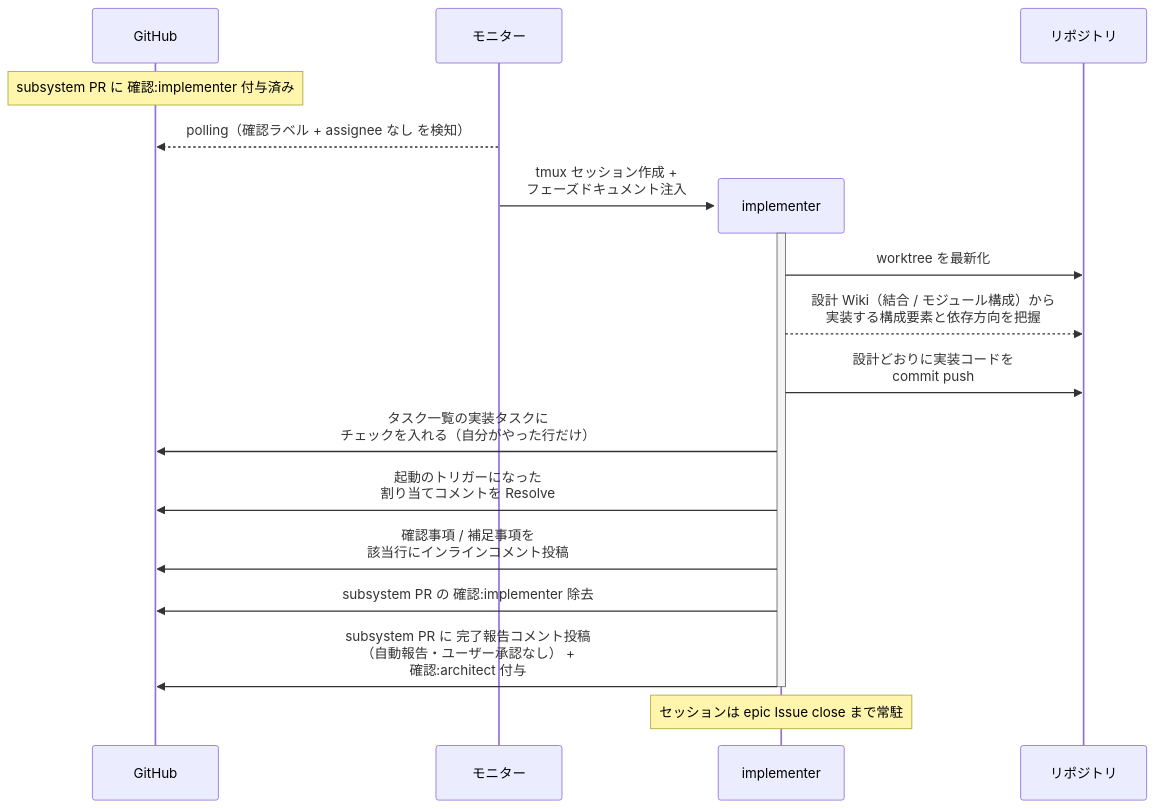
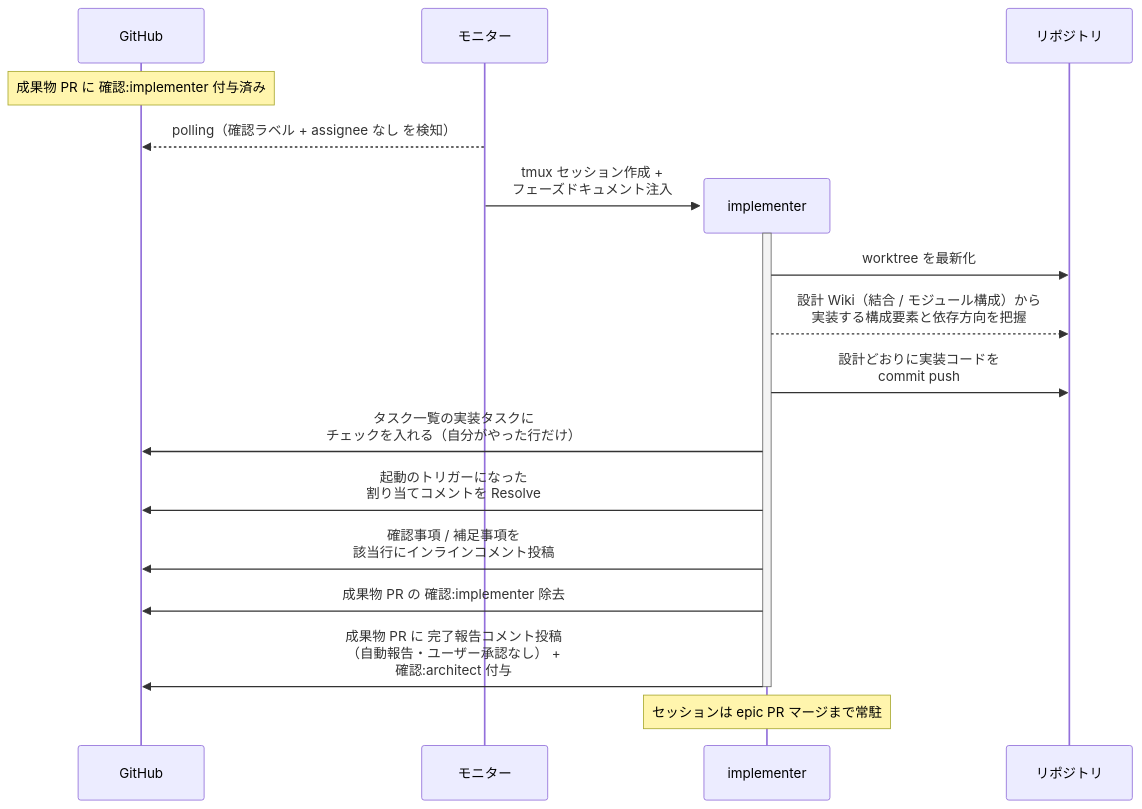
Before and after one commit to shuhei1101/ai-monitor: the first of 3 diagrams in docs/wiki/設計図/シナリオ/単一ユースケース/実装.md, drawn with Mermaid. The commit also changed other lines of this file and 256 other files, not shown here.

````diff
--- a/docs/wiki/設計図/シナリオ/単一ユースケース/実装.md
+++ b/docs/wiki/設計図/シナリオ/単一ユースケース/実装.md
@@ -25,22 +25,22 @@
 ```mermaid
 sequenceDiagram
   participant GH as GitHub
   participant ORC as モニター
 
-  Note over GH: subsystem PR に 確認:implementer 付与済み
+  Note over GH: 成果物 PR に 確認:implementer 付与済み
   ORC-->>GH: polling（確認ラベル + assignee なし を検知）
   create participant MON as implementer
   ORC->>MON: tmux セッション作成 +<br>フェーズドキュメント注入
   participant REPO as リポジトリ
   activate MON
   MON->>REPO: worktree を最新化
   MON-->>REPO: 設計 Wiki（結合 / モジュール構成）から<br>実装する構成要素と依存方向を把握
   MON->>REPO: 設計どおりに実装コードを<br>commit push
   MON->>GH: タスク一覧の実装タスクに<br>チェックを入れる（自分がやった行だけ）
   MON->>GH: 起動のトリガーになった<br>割り当てコメントを Resolve
   MON->>GH: 確認事項 / 補足事項を<br>該当行にインラインコメント投稿
-  MON->>GH: subsystem PR の 確認:implementer 除去
-  MON->>GH: subsystem PR に 完了報告コメント投稿<br>（自動報告・ユーザー承認なし） +<br>確認:architect 付与
+  MON->>GH: 成果物 PR の 確認:implementer 除去
+  MON->>GH: 成果物 PR に 完了報告コメント投稿<br>（自動報告・ユーザー承認なし） +<br>確認:architect 付与
   deactivate MON
-  Note over MON: セッションは epic Issue close まで常駐
+  Note over MON: セッションは epic PR マージまで常駐
 ```
````
